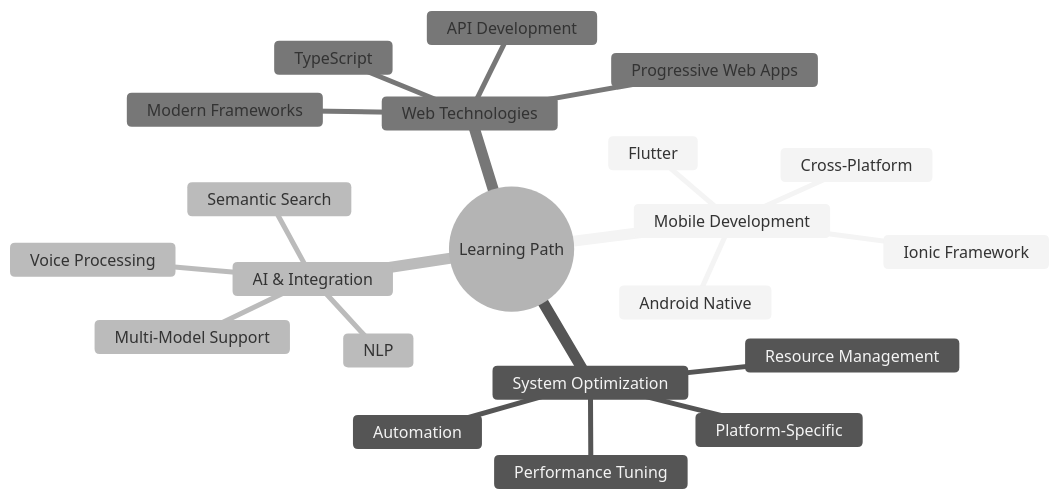
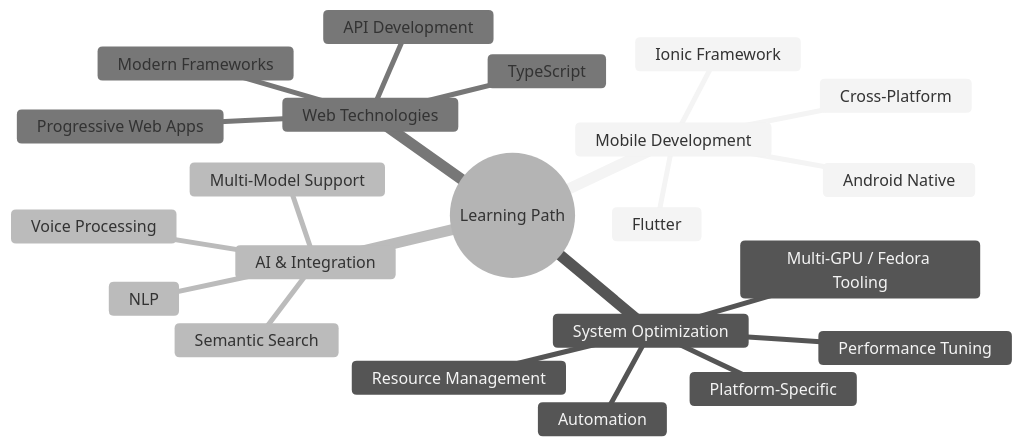
The diagram in README.md (TheCreateGM/TheCreateGM), drawn with Mermaid (neutral theme) before and after one commit. The commit also changed other lines of this file, not shown here.

````diff
--- a/README.md
+++ b/README.md
@@ -638,24 +773,25 @@
 ```mermaid
 mindmap
   root((Learning Path))
     Mobile Development
       Ionic Framework
       Flutter
       Android Native
       Cross-Platform
     System Optimization
       Performance Tuning
       Resource Management
       Platform-Specific
       Automation
+      Multi-GPU / Fedora Tooling
     AI & Integration
       Voice Processing
       Semantic Search
       Multi-Model Support
       NLP
     Web Technologies
       TypeScript
       Modern Frameworks
       Progressive Web Apps
       API Development
 ```
````
